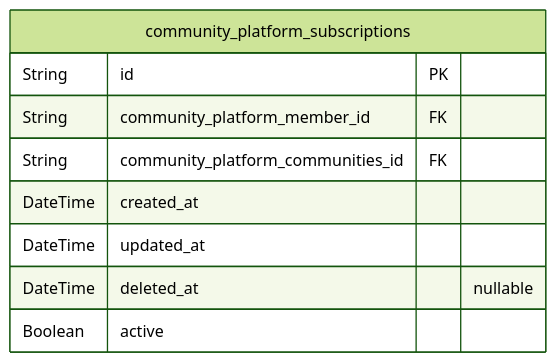
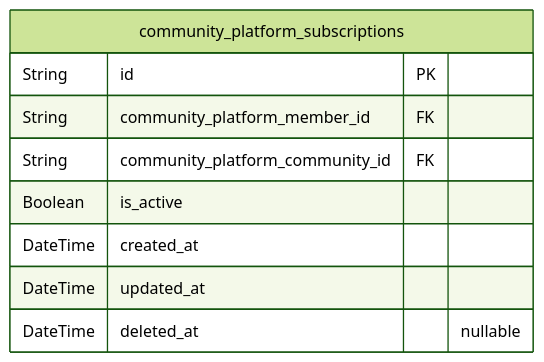
Before and after one commit to wrtnlabs/autobe-examples: the sixth of 10 diagrams in qwen/qwen3-next-80b-a3b-instruct/reddit/docs/ERD.md, drawn with Mermaid (forest theme). The commit also changed other lines of this file and 16146 other files, not shown here.

````diff
--- a/qwen/qwen3-next-80b-a3b-instruct/reddit/docs/ERD.md
+++ b/qwen/qwen3-next-80b-a3b-instruct/reddit/docs/ERD.md
@@ -1011,12 +790,12 @@
 ```mermaid
 erDiagram
 "community_platform_subscriptions" {
   String id PK
   String community_platform_member_id FK
-  String community_platform_communities_id FK
+  String community_platform_community_id FK
+  Boolean is_active
   DateTime created_at
   DateTime updated_at
   DateTime deleted_at "nullable"
-  Boolean active
 }
 ```
````
